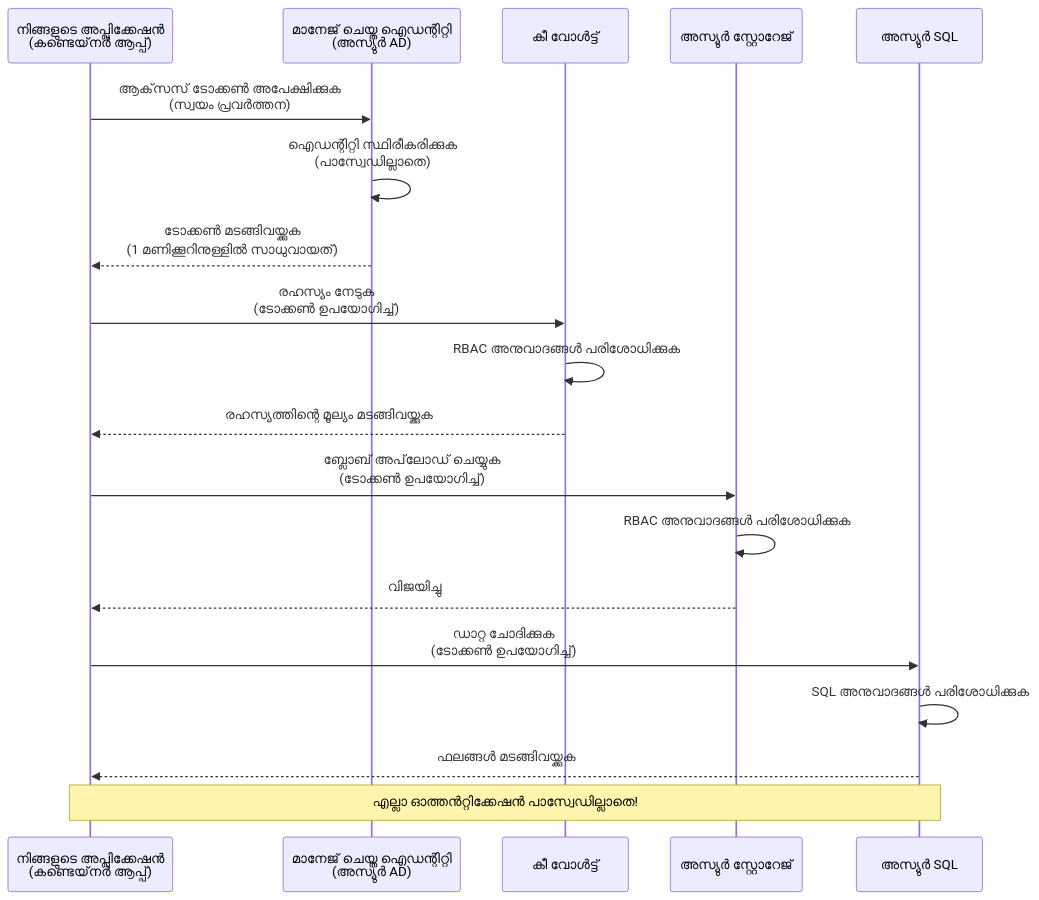
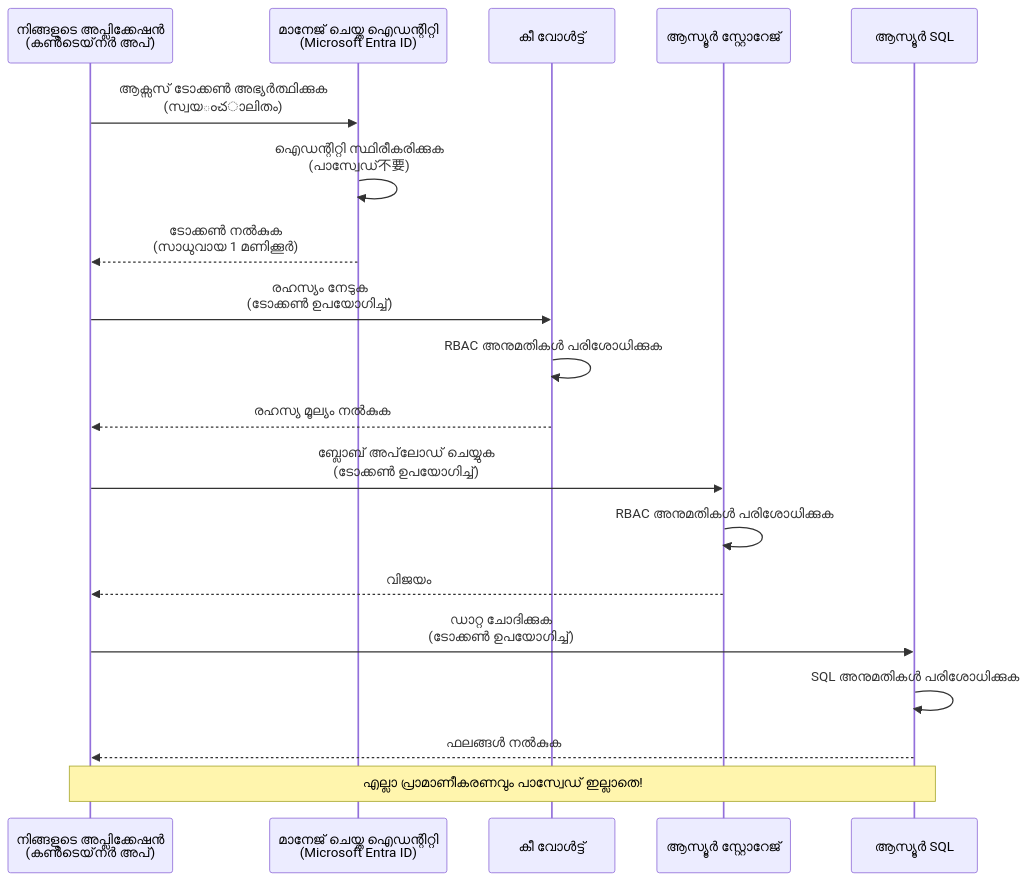
Before and after one commit to microsoft/AZD-for-beginners: the first of 2 diagrams in translations/ml/docs/chapter-03-configuration/authsecurity.md, drawn with Mermaid. The commit also changed other lines of this file and 104 other files, not shown here.

````diff
--- a/translations/ml/docs/chapter-03-configuration/authsecurity.md
+++ b/translations/ml/docs/chapter-03-configuration/authsecurity.md
@@ -69,26 +69,26 @@
 ```mermaid
 sequenceDiagram
-    participant App as നിങ്ങളുടെ അപ്ലിക്കേഷൻ<br/>(കണ്ടെയ്‌നർ ആപ്പ്)
-    participant MI as മാനേജ് ചെയ്ത ഐഡന്റിറ്റി<br/>(അസ്യുർ AD)
+    participant App as നിങ്ങളുടെ അപ്ലിക്കേഷൻ<br/>(കൺടെയ്‌നർ അപ്)
+    participant MI as മാനേജ് ചെയ്ത ഐഡന്റിറ്റി<br/>(Microsoft Entra ID)
     participant KV as കീ വോൾട്ട്
-    participant Storage as അസ്യുർ സ്റ്റോറേജ്
-    participant DB as അസ്യുർ SQL
+    participant Storage as ആസ്യൂർ സ്റ്റോറേജ്
+    participant DB as ആസ്യൂർ SQL
     
-    App->>MI: ആക്‌സസ് ടോക്കൺ അപേക്ഷിക്കുക<br/>(സ്വയം പ്രവർത്തന)
-    MI->>MI: ഐഡന്റിറ്റി സ്ഥിരീകരിക്കുക<br/>(പാസ്വേഡില്ലാതെ)
-    MI-->>App: ടോക്കൺ മടങ്ങിവയ്ക്കുക<br/>(1 മണിക്കൂറിനുള്ളിൽ സാധുവായത്)
+    App->>MI: ആക്സസ് ടോക്കൺ അഭ്യർത്ഥിക്കുക<br/>(സ്വയంచാലിതം)
+    MI->>MI: ഐഡന്റിറ്റി സ്ഥിരീകരിക്കുക<br/>(പാസ്വേഡ്不要)
+    MI-->>App: ടോക്കൺ നൽകുക<br/>(സാധുവായ 1 മണിക്കൂർ)
     
     App->>KV: രഹസ്യം നേടുക<br/>(ടോക്കൺ ഉപയോഗിച്ച്)
-    KV->>KV: RBAC അനുവാദങ്ങൾ പരിശോധിക്കുക
-    KV-->>App: രഹസ്യത്തിന്റെ മൂല്യം മടങ്ങിവയ്ക്കുക
+    KV->>KV: RBAC അനുമതികൾ പരിശോധിക്കുക
+    KV-->>App: രഹസ്യ മൂല്യം നൽകുക
     
     App->>Storage: ബ്ലോബ് അപ്‌ലോഡ് ചെയ്യുക<br/>(ടോക്കൺ ഉപയോഗിച്ച്)
-    Storage->>Storage: RBAC അനുവാദങ്ങൾ പരിശോധിക്കുക
-    Storage-->>App: വിജയിച്ചു
+    Storage->>Storage: RBAC അനുമതികൾ പരിശോധിക്കുക
+    Storage-->>App: വിജയം
     
     App->>DB: ഡാറ്റ ചോദിക്കുക<br/>(ടോക്കൺ ഉപയോഗിച്ച്)
-    DB->>DB: SQL അനുവാദങ്ങൾ പരിശോധിക്കുക
-    DB-->>App: ഫലങ്ങൾ മടങ്ങിവയ്ക്കുക
+    DB->>DB: SQL അനുമതികൾ പരിശോധിക്കുക
+    DB-->>App: ഫലങ്ങൾ നൽകുക
     
-    Note over App,DB: എല്ലാ ഓത്തൻറ്റിക്കേഷൻ പാസ്വേഡില്ലാതെ!
+    Note over App,DB: എല്ലാ പ്രാമാണീകരണവും പാസ്വേഡ് ഇല്ലാതെ!
 ```
````
